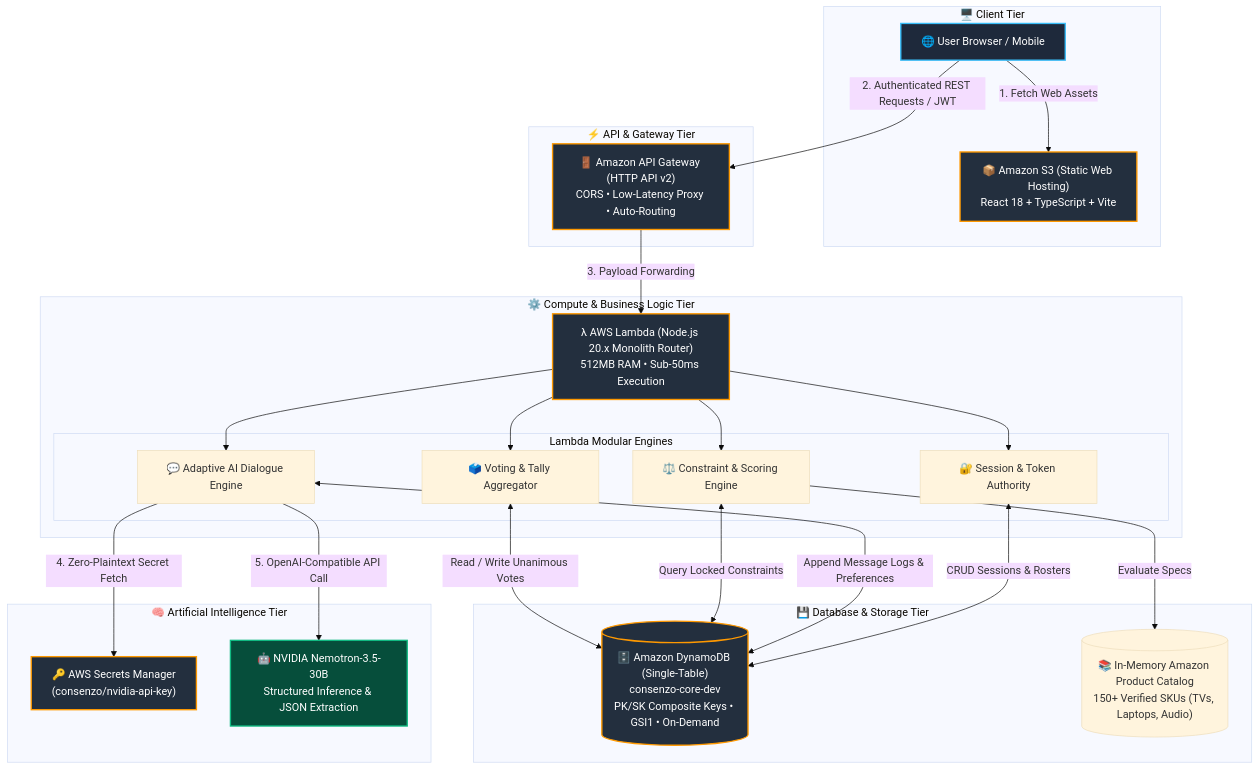
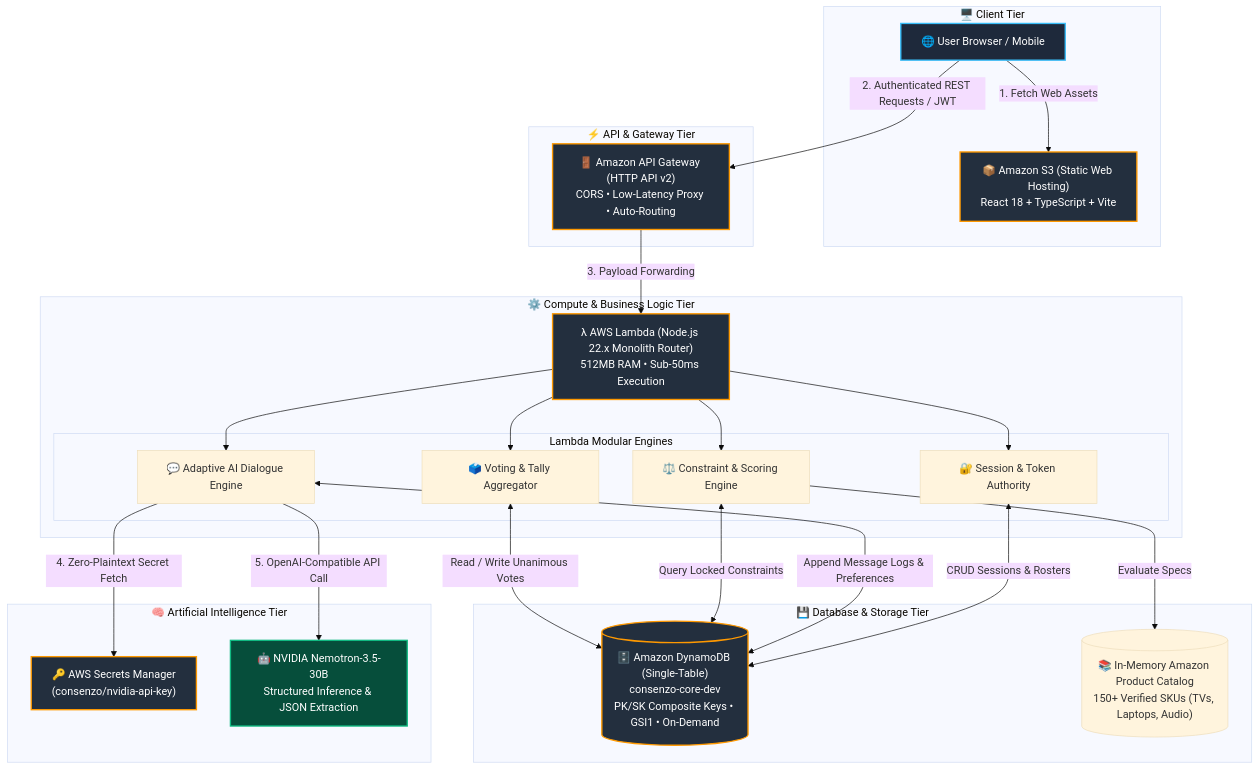
Before and after one commit to YuvanChaudary/Consenzo: the first of 2 diagrams in README.md, drawn with Mermaid (base theme). The commit also changed other lines of this file and 2 other files, not shown here.

Commit message:
fix(aws): upgrade Lambda runtime to nodejs22.x LTS and fix SAM deployment parameters

````diff
--- a/README.md
+++ b/README.md
@@ -96,55 +96,55 @@
 ```mermaid
 flowchart TD
     subgraph Client["🖥️ Client Tier"]
         User["🌐 User Browser / Mobile"]
         S3["📦 Amazon S3 (Static Web Hosting)<br/>React 18 + TypeScript + Vite"]
         User -->|1. Fetch Web Assets| S3
     end
 
     subgraph Edge["⚡ API & Gateway Tier"]
         APIGW["🚪 Amazon API Gateway (HTTP API v2)<br/>CORS • Low-Latency Proxy • Auto-Routing"]
         User -->|2. Authenticated REST Requests / JWT| APIGW
     end
 
     subgraph Compute["⚙️ Compute & Business Logic Tier"]
-        Lambda["λ AWS Lambda (Node.js 20.x Monolith Router)<br/>512MB RAM • Sub-50ms Execution"]
+        Lambda["λ AWS Lambda (Node.js 22.x Monolith Router)<br/>512MB RAM • Sub-50ms Execution"]
         APIGW -->|3. Payload Forwarding| Lambda
         
         subgraph InternalModules["Lambda Modular Engines"]
             AuthMod["🔐 Session & Token Authority"]
             ChatMod["💬 Adaptive AI Dialogue Engine"]
             MathMod["⚖️ Constraint & Scoring Engine"]
             VoteMod["🗳️ Voting & Tally Aggregator"]
         end
         Lambda --> AuthMod
         Lambda --> ChatMod
         Lambda --> MathMod
         Lambda --> VoteMod
     end
 
     subgraph AI["🧠 Artificial Intelligence Tier"]
         Secrets["🔑 AWS Secrets Manager<br/>(consenzo/nvidia-api-key)"]
         Nvidia["🤖 NVIDIA Nemotron-3.5-30B<br/>Structured Inference & JSON Extraction"]
         ChatMod -->|4. Zero-Plaintext Secret Fetch| Secrets
         ChatMod -->|5. OpenAI-Compatible API Call| Nvidia
     end
 
     subgraph Persistence["💾 Database & Storage Tier"]
         DynamoDB[("🗄️ Amazon DynamoDB (Single-Table)<br/>consenzo-core-dev<br/>PK/SK Composite Keys • GSI1 • On-Demand")]
         Catalog[("📚 In-Memory Amazon Product Catalog<br/>150+ Verified SKUs (TVs, Laptops, Audio)")]
         
         AuthMod <-->|CRUD Sessions & Rosters| DynamoDB
         ChatMod <-->|Append Message Logs & Preferences| DynamoDB
         MathMod <-->|Query Locked Constraints| DynamoDB
         MathMod -->|Evaluate Specs| Catalog
         VoteMod <-->|Read / Write Unanimous Votes| DynamoDB
     end
 
     classDef aws fill:#232F3E,stroke:#FF9900,stroke-width:2px,color:#FFFFFF;
     classDef client fill:#1E293B,stroke:#38BDF8,stroke-width:2px,color:#FFFFFF;
     classDef ai fill:#064E3B,stroke:#10B981,stroke-width:2px,color:#FFFFFF;
     
     class S3,APIGW,Lambda,Secrets,DynamoDB aws;
     class User client;
     class Nvidia ai;
 ```
````
